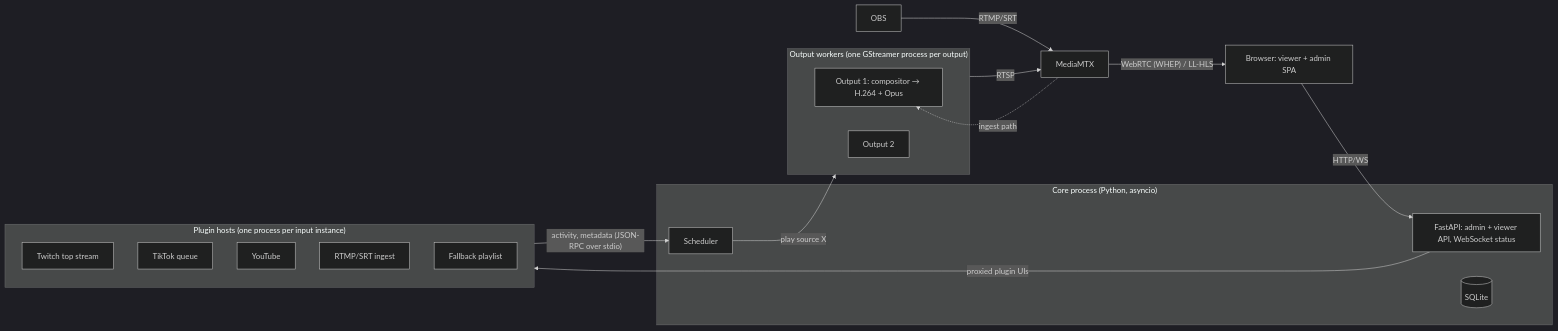
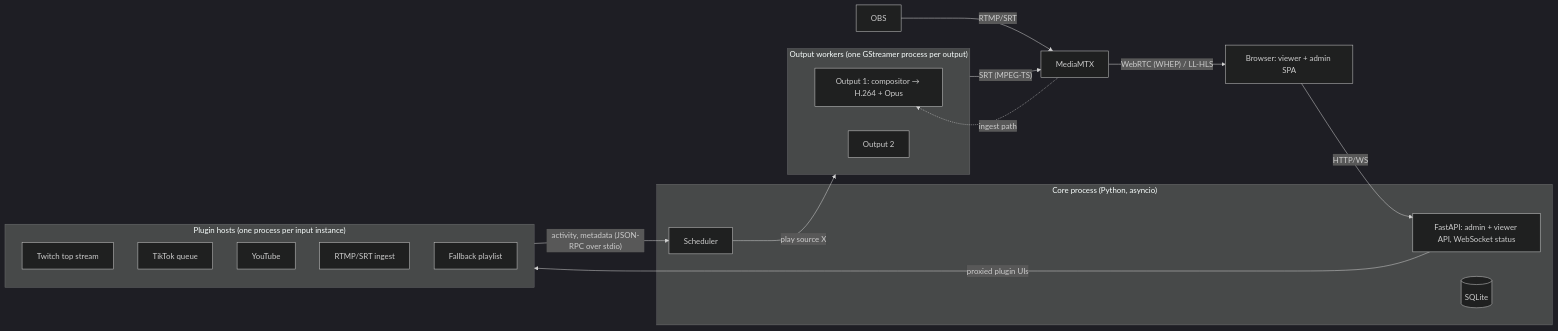
One commit to zGLados/lan-streamer changed the diagram in docs/architecture.md. Above: the diagram before and after it, drawn with Mermaid (dark theme). The commit also changed other lines of this file and 3 other files, not shown here.

````diff
--- a/docs/architecture.md
+++ b/docs/architecture.md
@@ -9,33 +9,33 @@
 ```mermaid
 flowchart LR
     subgraph plugins["Plugin hosts (one process per input instance)"]
         TW[Twitch top stream]
         TT[TikTok queue]
         YT[YouTube]
         IN[RTMP/SRT ingest]
         FB[Fallback playlist]
     end
 
     subgraph core["Core process (Python, asyncio)"]
         API[FastAPI: admin + viewer API, WebSocket status]
         SCH[Scheduler]
         DB[(SQLite)]
     end
 
     subgraph outputs["Output workers (one GStreamer process per output)"]
         O1[Output 1: compositor → H.264 + Opus]
         O2[Output 2]
     end
 
     MTX[MediaMTX]
     WEB[Browser: viewer + admin SPA]
     OBS[OBS] -- RTMP/SRT --> MTX
 
     plugins -- "activity, metadata (JSON-RPC over stdio)" --> SCH
     SCH -- "play source X" --> outputs
-    outputs -- RTSP --> MTX
+    outputs -- "SRT (MPEG-TS)" --> MTX
     MTX -- "WebRTC (WHEP) / LL-HLS" --> WEB
     WEB -- HTTP/WS --> API
     API -- "proxied plugin UIs" --> plugins
     MTX -. "ingest path" .-> O1
 ```
````
